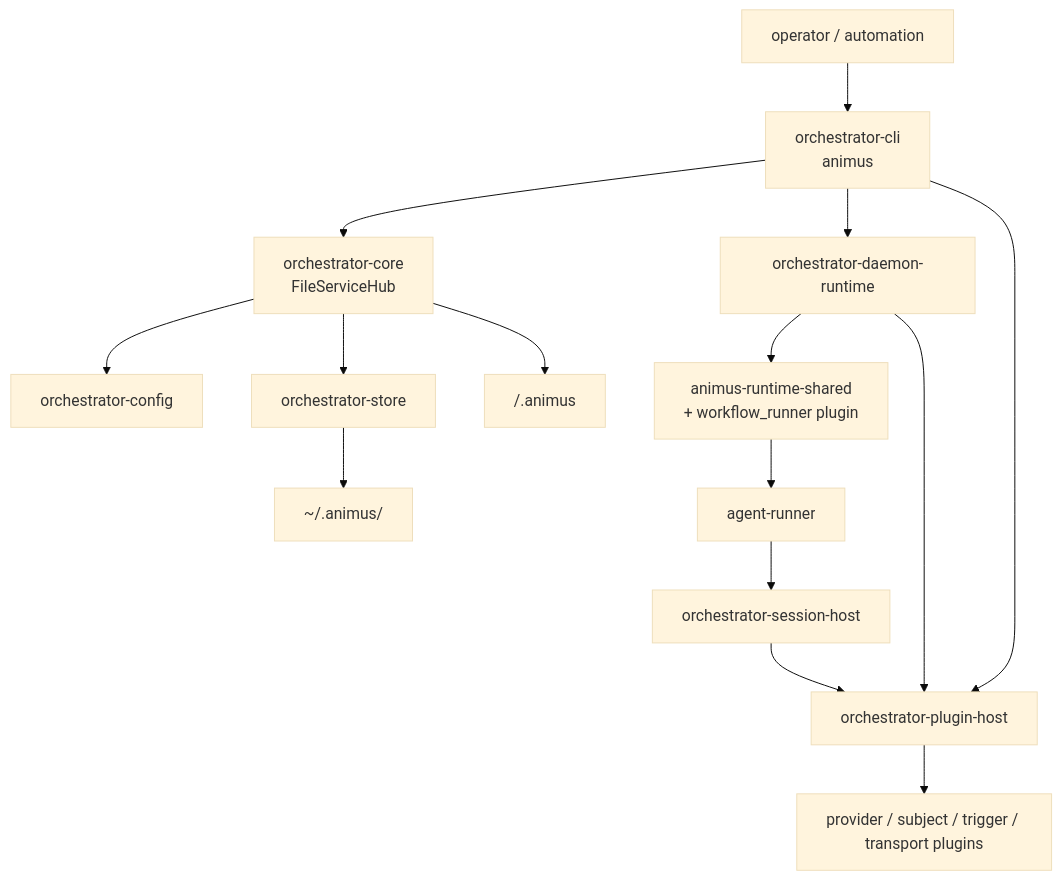
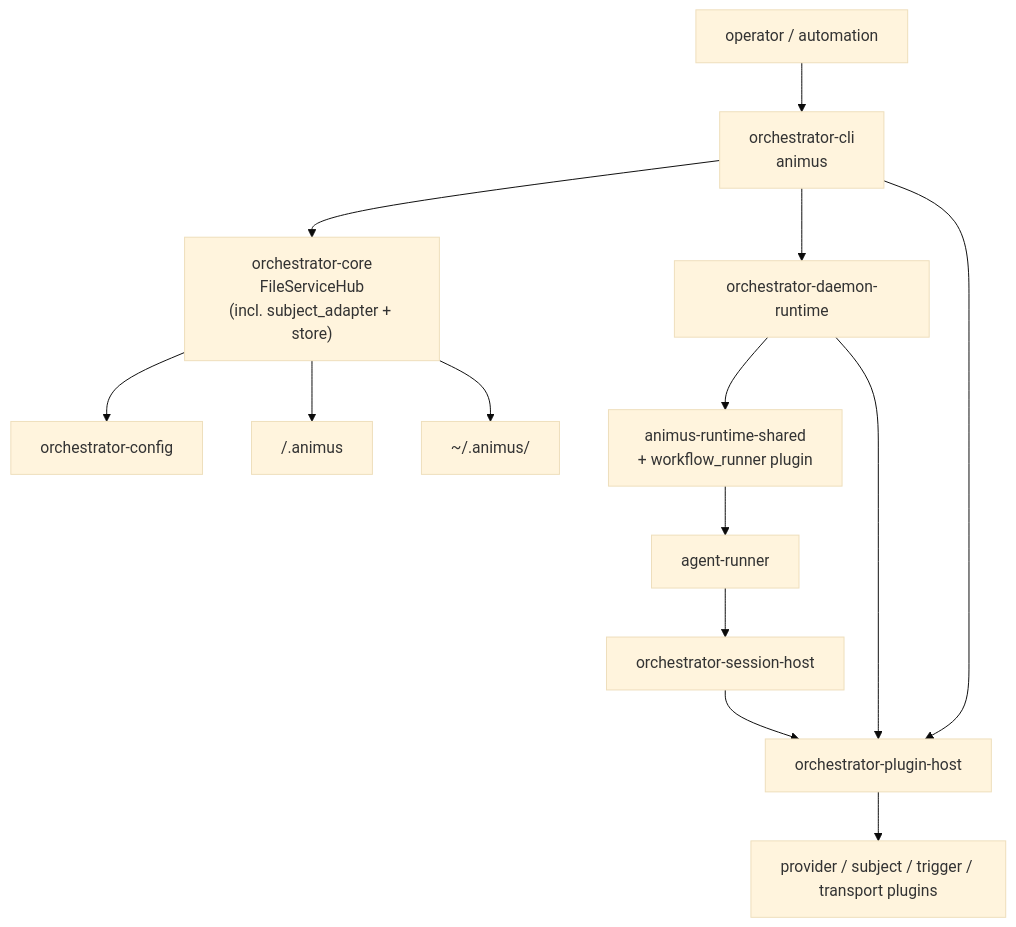
The diagram in docs/architecture/runtime-architecture.md (launchapp-dev/animus-cli), drawn with Mermaid (base theme) before and after one commit. The commit also changed other lines of this file and 36 other files, not shown here.

First line of the commit message:
v0.5.3 surface-shrink: fold orchestrator-providers and orchestrator-store into orchestrator-core

````diff
--- a/docs/architecture/runtime-architecture.md
+++ b/docs/architecture/runtime-architecture.md
@@ -31,31 +31,29 @@
 ```mermaid
 flowchart TB
     OP["operator / automation"]
     CLI["orchestrator-cli<br/>animus"]
-    CORE["orchestrator-core<br/>FileServiceHub"]
+    CORE["orchestrator-core<br/>FileServiceHub<br/>(incl. subject_adapter + store)"]
     CFG["orchestrator-config"]
-    STORE["orchestrator-store"]
     DAEMON["orchestrator-daemon-runtime"]
     WFR["animus-runtime-shared<br/>+ workflow_runner plugin"]
     AR["agent-runner"]
     SESSION["orchestrator-session-host"]
     PHOST["orchestrator-plugin-host"]
     PLUGINS["provider / subject / trigger / transport plugins"]
     STATE["~/.animus/<repo-scope>"]
     LOCAL["<project>/.animus"]
 
     OP --> CLI
     CLI --> CORE
     CLI --> DAEMON
     CORE --> CFG
-    CORE --> STORE
     CORE --> LOCAL
-    STORE --> STATE
+    CORE --> STATE
     DAEMON --> WFR
     WFR --> AR
     AR --> SESSION
     SESSION --> PHOST
     DAEMON --> PHOST
     CLI --> PHOST
     PHOST --> PLUGINS
 ```
````
